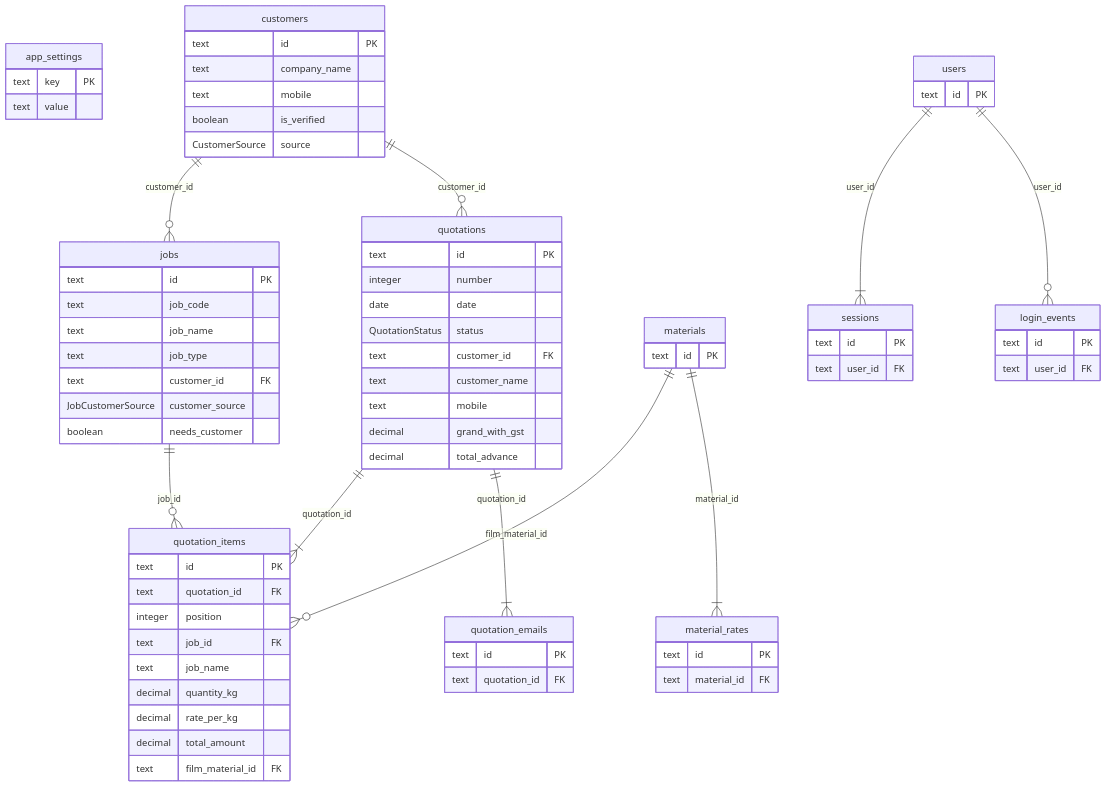
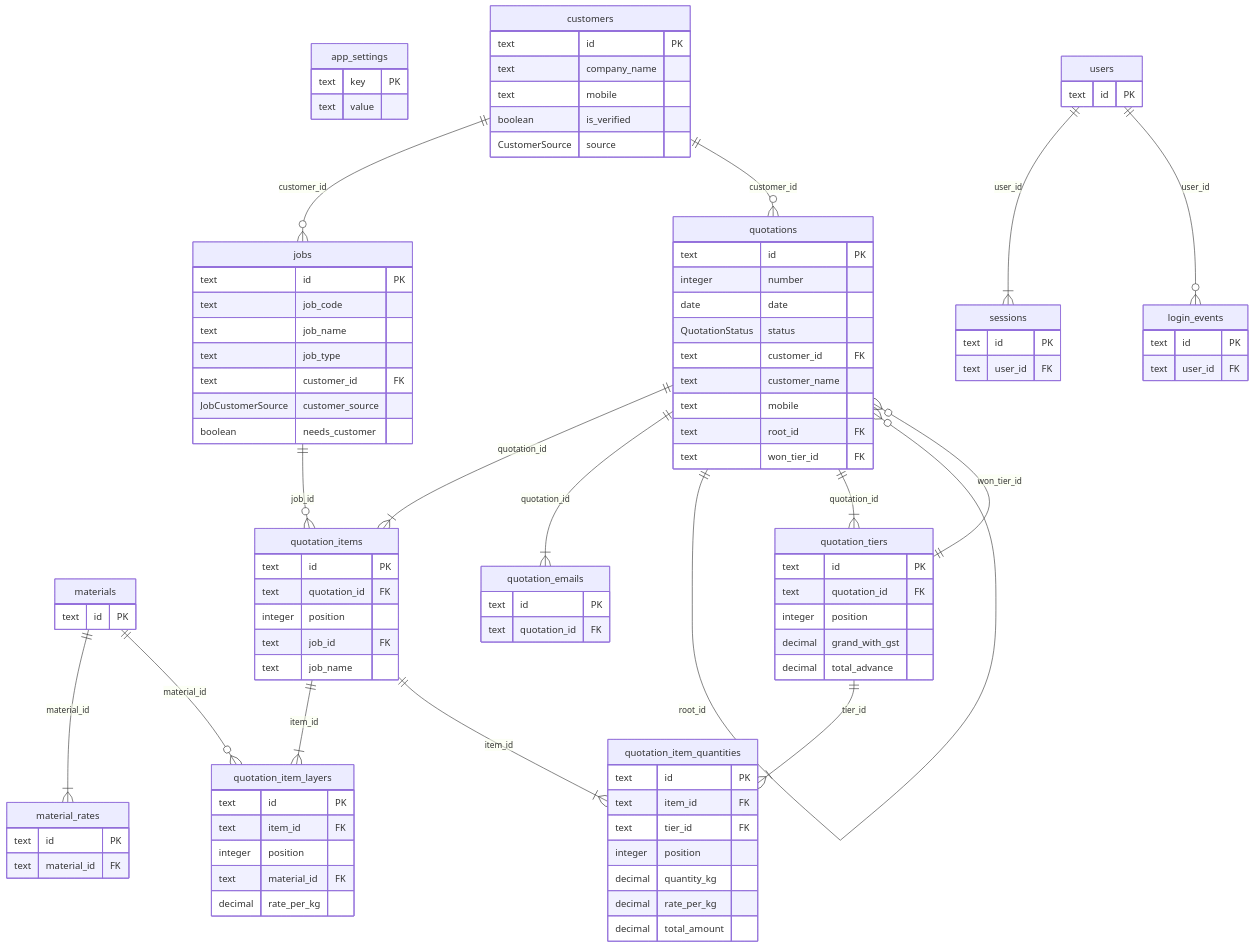
One commit to AbhiSahane0/Yuva_polyprint changed the diagram in docs/database-schema.md. Above: the diagram before and after it, drawn with Mermaid. The commit also changed other lines of this file and 3 other files, not shown here.

````diff
--- a/docs/database-schema.md
+++ b/docs/database-schema.md
@@ -50,16 +50,35 @@
     text id PK
     text quotation_id FK
   }
+  quotation_item_layers {
+    text id PK
+    text item_id FK
+    integer position
+    text material_id FK
+    decimal rate_per_kg
+  }
+  quotation_item_quantities {
+    text id PK
+    text item_id FK
+    text tier_id FK
+    integer position
+    decimal quantity_kg
+    decimal rate_per_kg
+    decimal total_amount
+  }
   quotation_items {
     text id PK
     text quotation_id FK
     integer position
     text job_id FK
     text job_name
-    decimal quantity_kg
-    decimal rate_per_kg
-    decimal total_amount
-    text film_material_id FK
+  }
+  quotation_tiers {
+    text id PK
+    text quotation_id FK
+    integer position
+    decimal grand_with_gst
+    decimal total_advance
   }
   quotations {
     text id PK
@@ -69,8 +88,8 @@
     text customer_id FK
     text customer_name
     text mobile
-    decimal grand_with_gst
-    decimal total_advance
+    text root_id FK
+    text won_tier_id FK
   }
   sessions {
     text id PK
@@ -83,9 +102,15 @@
   customers ||--o{ quotations : "customer_id"
   quotations ||--|{ quotation_items : "quotation_id"
   jobs ||--o{ quotation_items : "job_id"
-  materials ||--o{ quotation_items : "film_material_id"
   materials ||--|{ material_rates : "material_id"
   users ||--|{ sessions : "user_id"
   quotations ||--|{ quotation_emails : "quotation_id"
   users ||--o{ login_events : "user_id"
+  quotations ||--o{ quotations : "root_id"
+  quotation_tiers ||--o{ quotations : "won_tier_id"
+  quotations ||--|{ quotation_tiers : "quotation_id"
+  quotation_items ||--|{ quotation_item_layers : "item_id"
+  materials ||--o{ quotation_item_layers : "material_id"
+  quotation_items ||--|{ quotation_item_quantities : "item_id"
+  quotation_tiers ||--|{ quotation_item_quantities : "tier_id"
 ```
````
